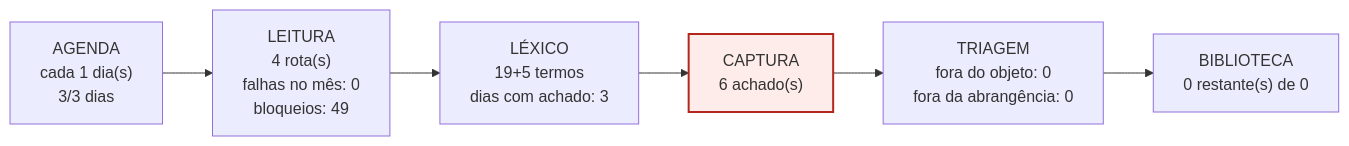
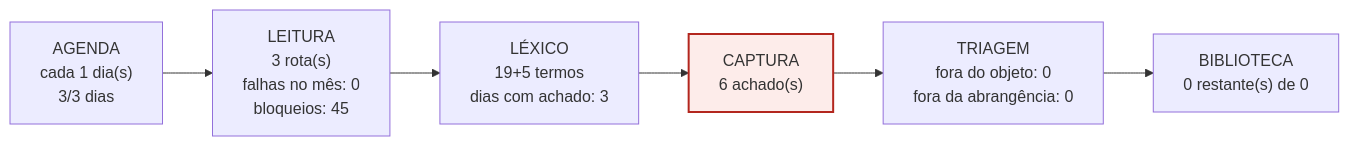
One commit to amcjardimamerica-arch/Eldorado changed the third of 30 diagrams in biblioteca_alexandria/pareceres/RELATORIO-MOTORES-INDIVIDUAL-2026-09-24.md. Above: the diagram before and after it, drawn with Mermaid. The commit also changed other lines of this file and 10 other files, not shown here.

````diff
--- a/biblioteca_alexandria/pareceres/RELATORIO-MOTORES-INDIVIDUAL-2026-09-24.md
+++ b/biblioteca_alexandria/pareceres/RELATORIO-MOTORES-INDIVIDUAL-2026-09-24.md
@@ -149,11 +149,11 @@
 ```mermaid
 flowchart LR
   A["AGENDA<br/>cada 1 dia(s)<br/>3/3 dias"]
-  L["LEITURA<br/>4 rota(s)<br/>falhas no mês: 0<br/>bloqueios: 49"]
+  L["LEITURA<br/>3 rota(s)<br/>falhas no mês: 0<br/>bloqueios: 45"]
   X["LÉXICO<br/>19+5 termos<br/>dias com achado: 3"]
   C["CAPTURA<br/>6 achado(s)"]
   T["TRIAGEM<br/>fora do objeto: 0<br/>fora da abrangência: 0"]
   B["BIBLIOTECA<br/>0 restante(s) de 0"]
   A --> L --> X --> C --> T --> B
   style C fill:#FDECEA,stroke:#B3261E,stroke-width:2px
 ```
````
